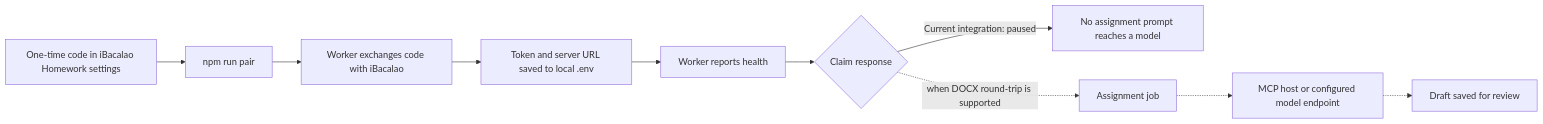
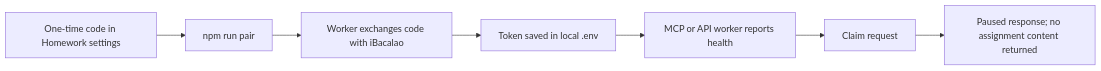
One commit to vibecode-king/ibacalao-homework-automation changed the diagram in README.md. Above: the diagram before and after it, drawn with Mermaid. The commit also changed other lines of this file and 1 other file, not shown here.

````diff
--- a/README.md
+++ b/README.md
@@ -44,12 +118,9 @@
 ```mermaid
 flowchart LR
-    C[One-time code in iBacalao Homework settings] --> P[npm run pair]
+    C[One-time code in Homework settings] --> P[npm run pair]
     P --> X[Worker exchanges code with iBacalao]
-    X --> E[Token and server URL saved to local .env]
-    E --> W[Worker reports health]
-    W --> Q{Claim response}
-    Q -->|Current integration: paused| N[No assignment prompt reaches a model]
-    Q -. when DOCX round-trip is supported .-> J[Assignment job]
-    J -.-> M[MCP host or configured model endpoint]
-    M -.-> D[Draft saved for review]
+    X --> E[Token saved in local .env]
+    E --> W[MCP or API worker reports health]
+    W --> Q[Claim request]
+    Q --> R[Paused response; no assignment content returned]
 ```
````
